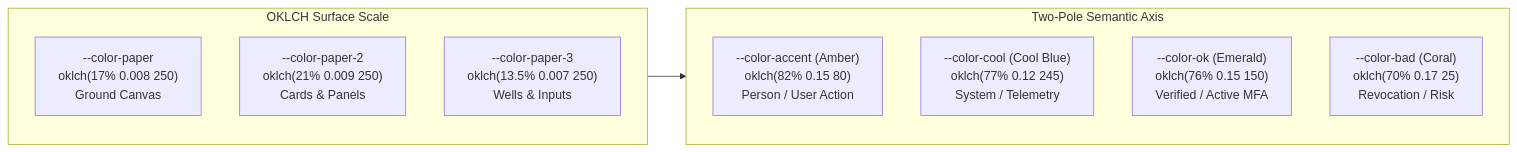
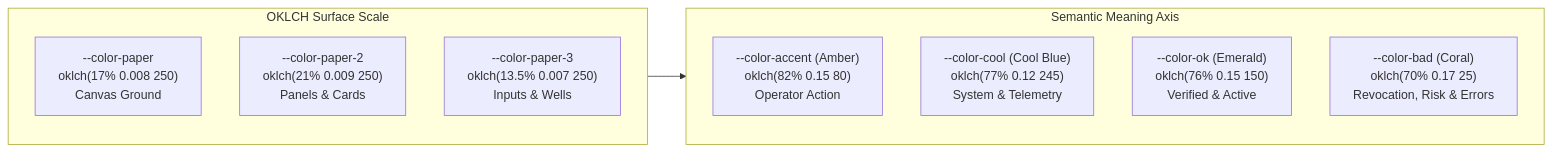
One commit to utkarshj014/authsphere changed the ninth of 9 diagrams in docs/FRONTEND_ARCHITECTURE.md. Above: the diagram before and after it, drawn with Mermaid. The commit also changed other lines of this file, not shown here.

````diff
--- a/docs/FRONTEND_ARCHITECTURE.md
+++ b/docs/FRONTEND_ARCHITECTURE.md
@@ -434,17 +439,17 @@
 ```mermaid
 flowchart LR
     subgraph Surfaces ["OKLCH Surface Scale"]
-        P1["--color-paper\noklch(17% 0.008 250)\nGround Canvas"]
-        P2["--color-paper-2\noklch(21% 0.009 250)\nCards & Panels"]
-        P3["--color-paper-3\noklch(13.5% 0.007 250)\nWells & Inputs"]
+        P1["--color-paper<br/>oklch(17% 0.008 250)<br/>Canvas Ground"]
+        P2["--color-paper-2<br/>oklch(21% 0.009 250)<br/>Panels & Cards"]
+        P3["--color-paper-3<br/>oklch(13.5% 0.007 250)<br/>Inputs & Wells"]
     end
 
-    subgraph Semantics ["Two-Pole Semantic Axis"]
-        Accent["--color-accent (Amber)\noklch(82% 0.15 80)\nPerson / User Action"]
-        Cool["--color-cool (Cool Blue)\noklch(77% 0.12 245)\nSystem / Telemetry"]
-        Ok["--color-ok (Emerald)\noklch(76% 0.15 150)\nVerified / Active MFA"]
-        Bad["--color-bad (Coral)\noklch(70% 0.17 25)\nRevocation / Risk"]
+    subgraph Semantics ["Semantic Meaning Axis"]
+        Accent["--color-accent (Amber)<br/>oklch(82% 0.15 80)<br/>Operator Action"]
+        Cool["--color-cool (Cool Blue)<br/>oklch(77% 0.12 245)<br/>System & Telemetry"]
+        Ok["--color-ok (Emerald)<br/>oklch(76% 0.15 150)<br/>Verified & Active"]
+        Bad["--color-bad (Coral)<br/>oklch(70% 0.17 25)<br/>Revocation, Risk & Errors"]
     end
 
     Surfaces --> Semantics
 ```
````
